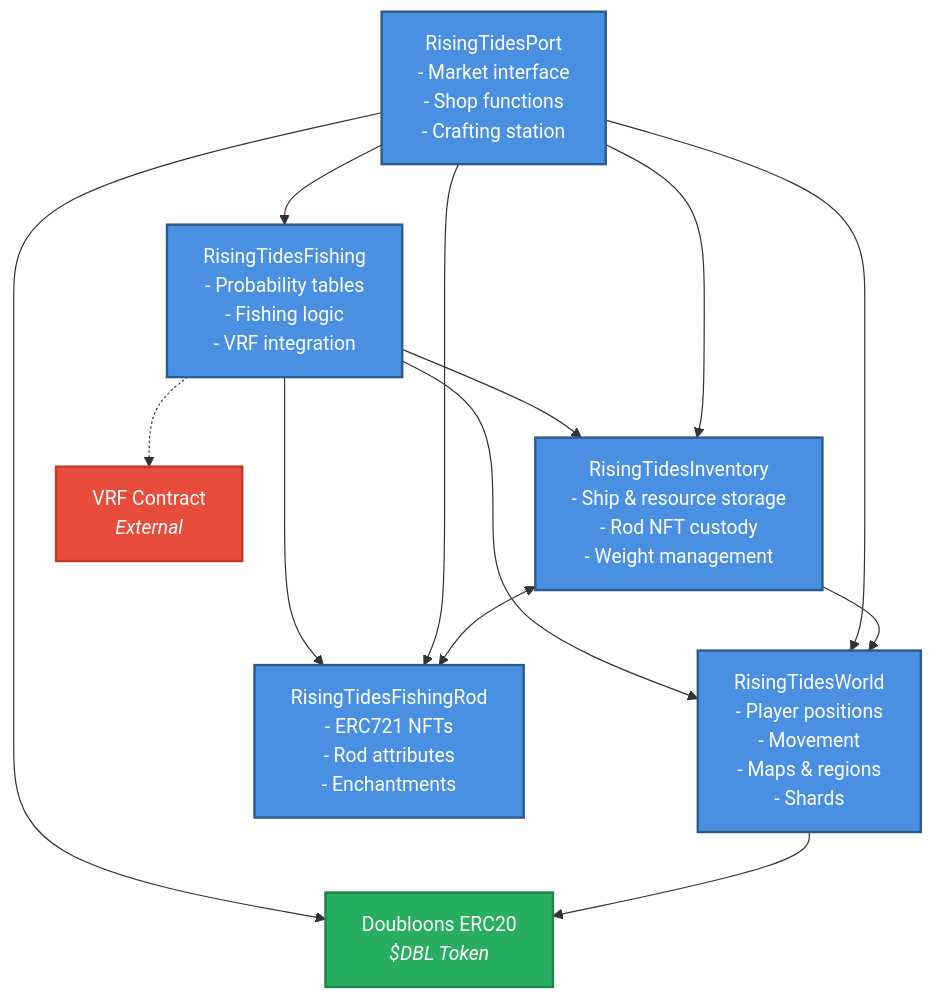
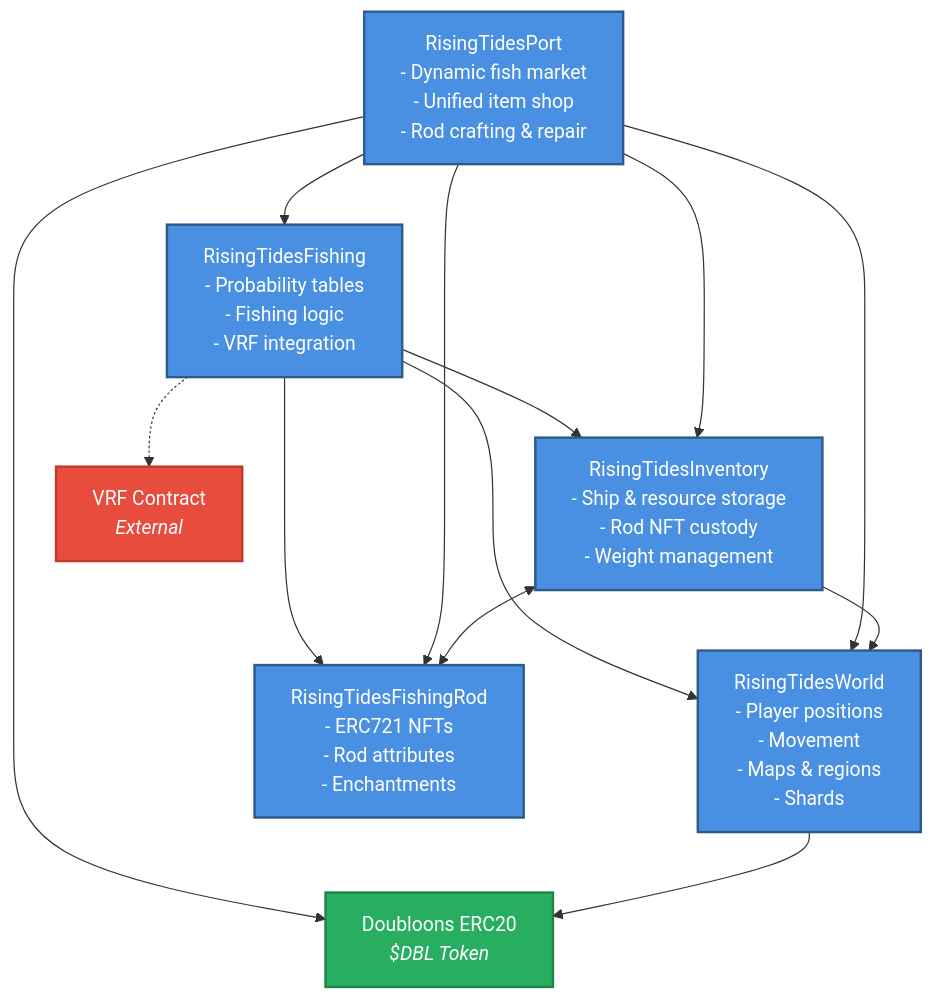
Before and after one commit to hazelnutcloud/rising-tides: the diagram in docs/CONTRACT_DEPENDENCY_GRAPH.md, drawn with Mermaid. The commit also changed 9 other files, not shown here.

First line of the commit message:
Implement RisingTidesPort contract with unified item system and dynamic market economy

````diff
--- a/docs/CONTRACT_DEPENDENCY_GRAPH.md
+++ b/docs/CONTRACT_DEPENDENCY_GRAPH.md
@@ -5,39 +5,39 @@
 ```mermaid
 graph TD
     %% Contract nodes
     World[RisingTidesWorld<br/>- Player positions<br/>- Movement<br/>- Maps & regions<br/>- Shards]
     Fishing[RisingTidesFishing<br/>- Probability tables<br/>- Fishing logic<br/>- VRF integration]
     Inventory[RisingTidesInventory<br/>- Ship & resource storage<br/>- Rod NFT custody<br/>- Weight management]
-    Port[RisingTidesPort<br/>- Market interface<br/>- Shop functions<br/>- Crafting station]
+    Port[RisingTidesPort<br/>- Dynamic fish market<br/>- Unified item shop<br/>- Rod crafting & repair]
     Rod[RisingTidesFishingRod<br/>- ERC721 NFTs<br/>- Rod attributes<br/>- Enchantments]
 
     %% External dependencies
     VRF[VRF Contract<br/><i>External</i>]
     DBL[Doubloons ERC20<br/><i>$DBL Token</i>]
 
     %% Dependencies
     Fishing --> World
     Fishing --> Inventory
     Fishing --> Rod
     Fishing -.-> VRF
 
     Port --> Inventory
     Port --> World
     Port --> Rod
     Port --> DBL
     Port --> Fishing
 
     Inventory --> World
     Inventory <--> Rod
 
     World --> DBL
 
     %% Styling
     classDef contract fill:#4a90e2,stroke:#2e5c8a,stroke-width:2px,color:#fff
     classDef external fill:#e74c3c,stroke:#c0392b,stroke-width:2px,color:#fff
     classDef token fill:#27ae60,stroke:#1e8449,stroke-width:2px,color:#fff
 
     class World,Fishing,Inventory,Port,Rod contract
     class VRF external
     class DBL token
 ```
````
